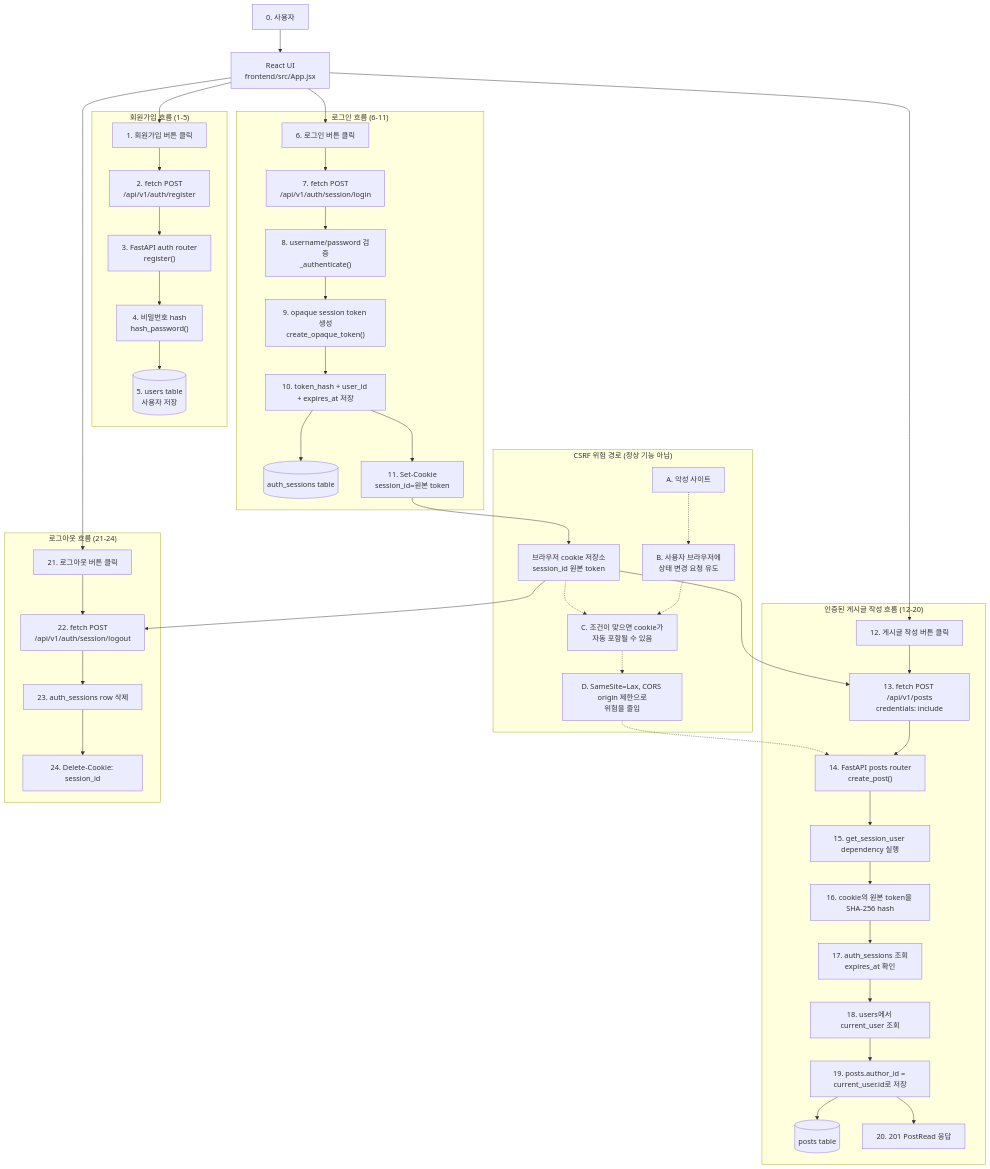
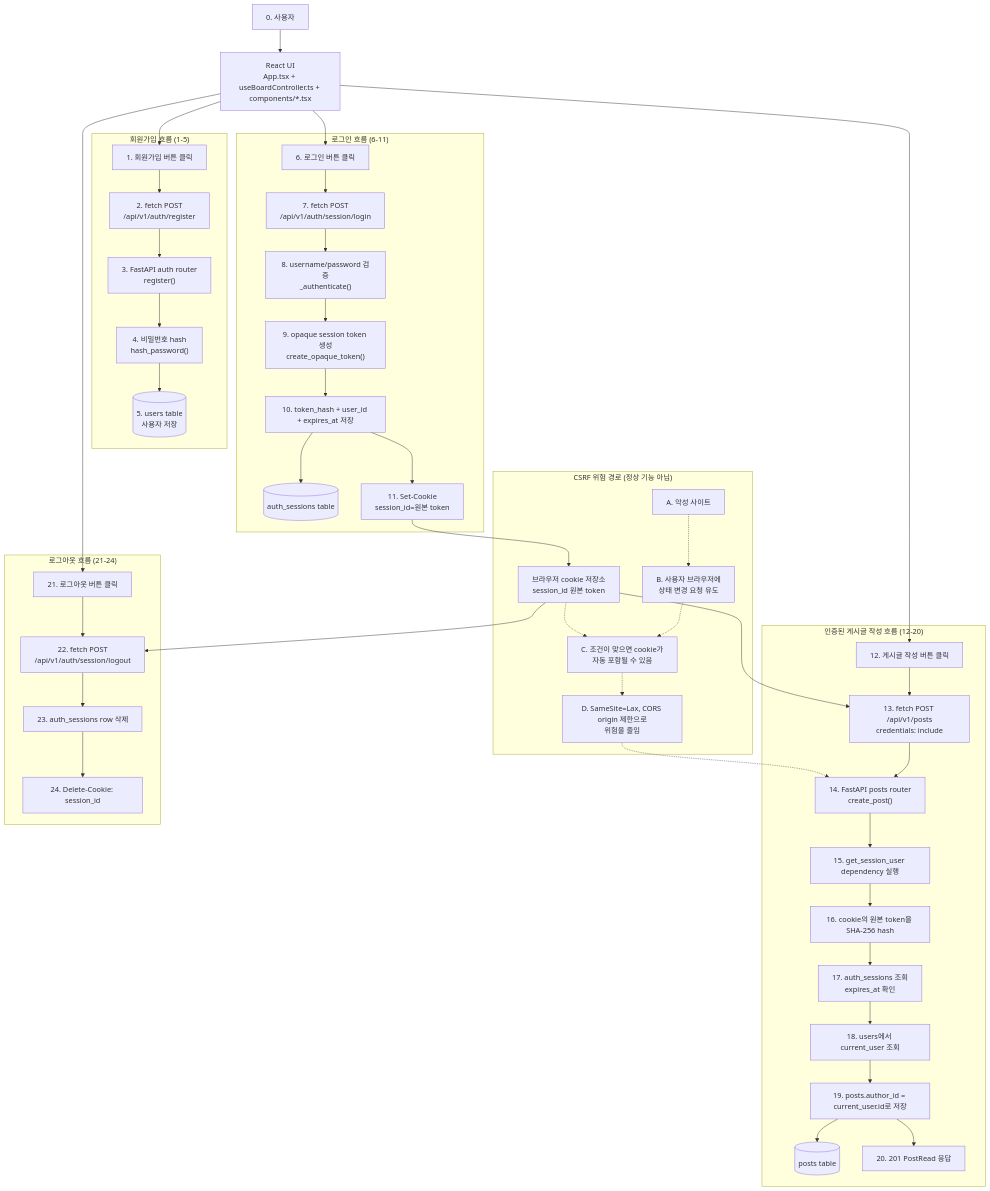
Before and after one commit to JUNGLE-TEAM1/W16_team_sprint: the diagram in docs2/sprint-2/session-auth-decision-and-flow.md, drawn with Mermaid. The commit also changed 5 other files, not shown here.

````diff
--- a/docs2/sprint-2/session-auth-decision-and-flow.md
+++ b/docs2/sprint-2/session-auth-decision-and-flow.md
@@ -601,67 +601,67 @@
 ```mermaid
 flowchart TD
-    User["0. 사용자"] --> UI["React UI<br/>frontend/src/App.jsx"]
+    User["0. 사용자"] --> UI["React UI<br/>App.tsx + useBoardController.ts + components/*.tsx"]
 
     subgraph REG["회원가입 흐름 (1-5)"]
         R1["1. 회원가입 버튼 클릭"]
         R2["2. fetch POST<br/>/api/v1/auth/register"]
         R3["3. FastAPI auth router<br/>register()"]
         R4["4. 비밀번호 hash<br/>hash_password()"]
         R5[("5. users table<br/>사용자 저장")]
         R1 --> R2 --> R3 --> R4 --> R5
     end
 
     subgraph LOGIN["로그인 흐름 (6-11)"]
         L6["6. 로그인 버튼 클릭"]
         L7["7. fetch POST<br/>/api/v1/auth/session/login"]
         L8["8. username/password 검증<br/>_authenticate()"]
         L9["9. opaque session token 생성<br/>create_opaque_token()"]
         L10["10. token_hash + user_id + expires_at 저장"]
         L10DB[("auth_sessions table")]
         L11["11. Set-Cookie<br/>session_id=원본 token"]
         L6 --> L7 --> L8 --> L9 --> L10 --> L10DB
         L10 --> L11
     end
 
     subgraph POST["인증된 게시글 작성 흐름 (12-20)"]
         P12["12. 게시글 작성 버튼 클릭"]
         P13["13. fetch POST /api/v1/posts<br/>credentials: include"]
         P14["14. FastAPI posts router<br/>create_post()"]
         P15["15. get_session_user dependency 실행"]
         P16["16. cookie의 원본 token을 SHA-256 hash"]
         P17["17. auth_sessions 조회<br/>expires_at 확인"]
         P18["18. users에서 current_user 조회"]
         P19["19. posts.author_id = current_user.id로 저장"]
         P19DB[("posts table")]
         P20["20. 201 PostRead 응답"]
         P12 --> P13 --> P14 --> P15 --> P16 --> P17 --> P18 --> P19 --> P19DB
         P19 --> P20
     end
 
     subgraph LOGOUT["로그아웃 흐름 (21-24)"]
         O21["21. 로그아웃 버튼 클릭"]
         O22["22. fetch POST<br/>/api/v1/auth/session/logout"]
         O23["23. auth_sessions row 삭제"]
         O24["24. Delete-Cookie: session_id"]
         O21 --> O22 --> O23 --> O24
     end
 
     Cookie["브라우저 cookie 저장소<br/>session_id 원본 token"]
 
     UI --> R1
     UI --> L6
     L11 --> Cookie
     UI --> P12
     Cookie --> P13
     UI --> O21
     Cookie --> O22
 
     subgraph CSRF["CSRF 위험 경로 (정상 기능 아님)"]
         C1["A. 악성 사이트"]
         C2["B. 사용자 브라우저에<br/>상태 변경 요청 유도"]
         C3["C. 조건이 맞으면 cookie가<br/>자동 포함될 수 있음"]
         C4["D. SameSite=Lax, CORS origin 제한으로<br/>위험을 줄임"]
         C1 -.-> C2 -.-> C3 -.-> C4 -.-> P14
         Cookie -.-> C3
     end
 ```
````
